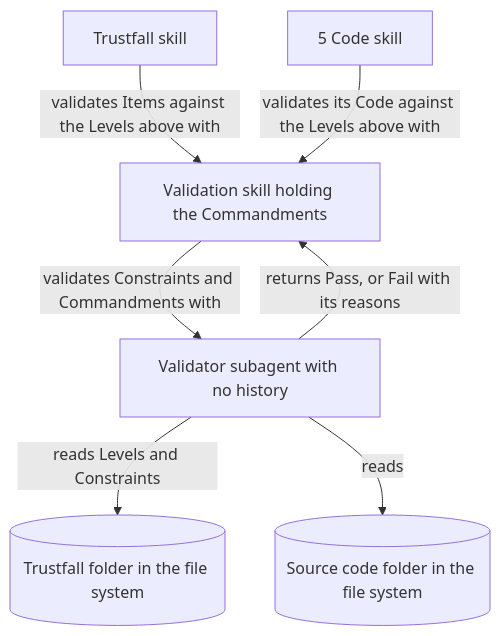
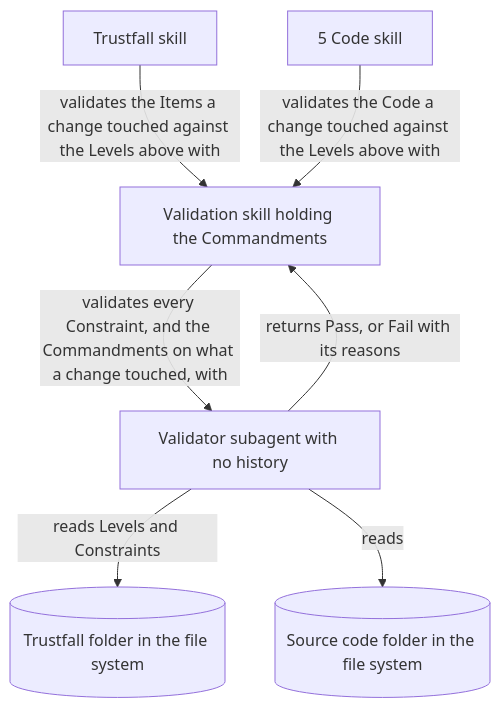
One commit to jehna/trustfall changed the third of 3 diagrams in trustfall/3-architecture.md. Above: the diagram before and after it, drawn with Mermaid. The commit also changed 6 other files, not shown here.

First line of the commit message:
Add validation of only what a change touched

````diff
--- a/trustfall/3-architecture.md
+++ b/trustfall/3-architecture.md
@@ -36,15 +36,15 @@
 ```mermaid
 flowchart TD
   trustfall[Trustfall skill]
   code[5 Code skill]
   validation[Validation skill holding the Commandments]
   subagent[Validator subagent with no history]
   levels[(Trustfall folder in the file system)]
   source[(Source code folder in the file system)]
-  trustfall -- validates Items against the Levels above with --> validation
-  code -- validates its Code against the Levels above with --> validation
-  validation -- validates Constraints and Commandments with --> subagent
+  trustfall -- validates the Items a change touched against the Levels above with --> validation
+  code -- validates the Code a change touched against the Levels above with --> validation
+  validation -- validates every Constraint, and the Commandments on what a change touched, with --> subagent
   subagent -- reads Levels and Constraints --> levels
   subagent -- reads --> source
   subagent -- returns Pass, or Fail with its reasons --> validation
 ```
````
